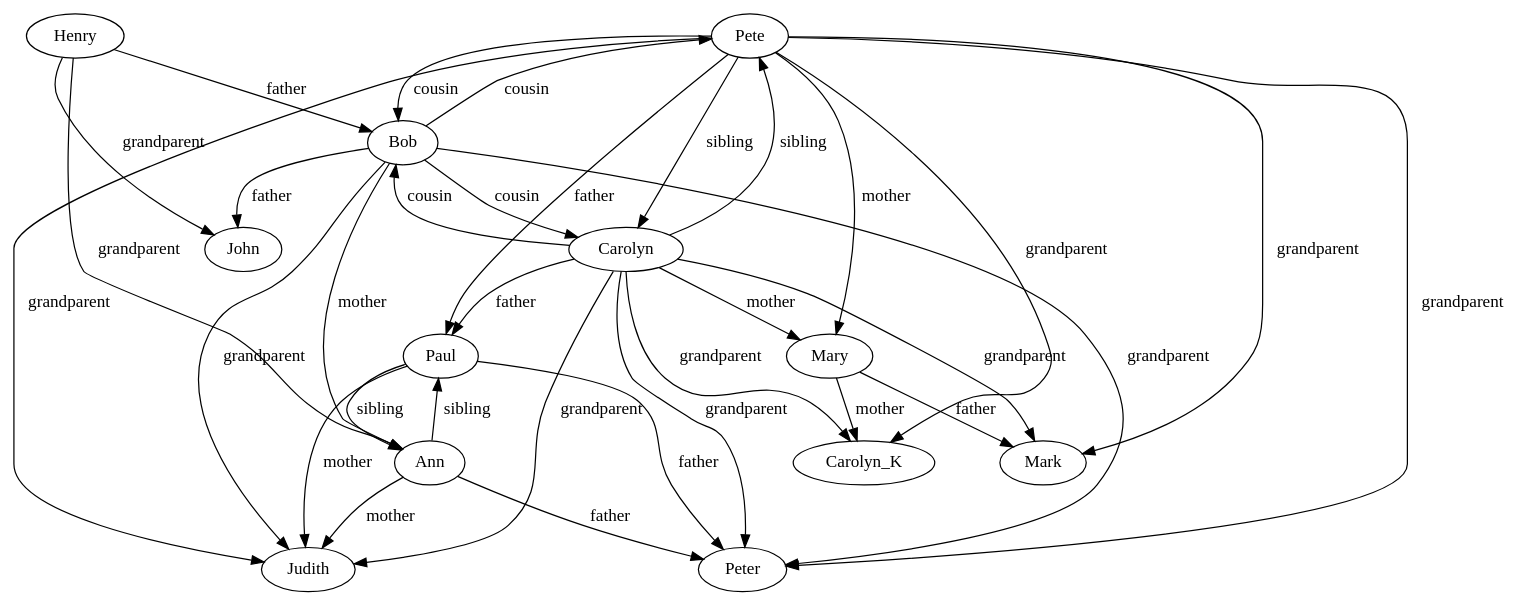
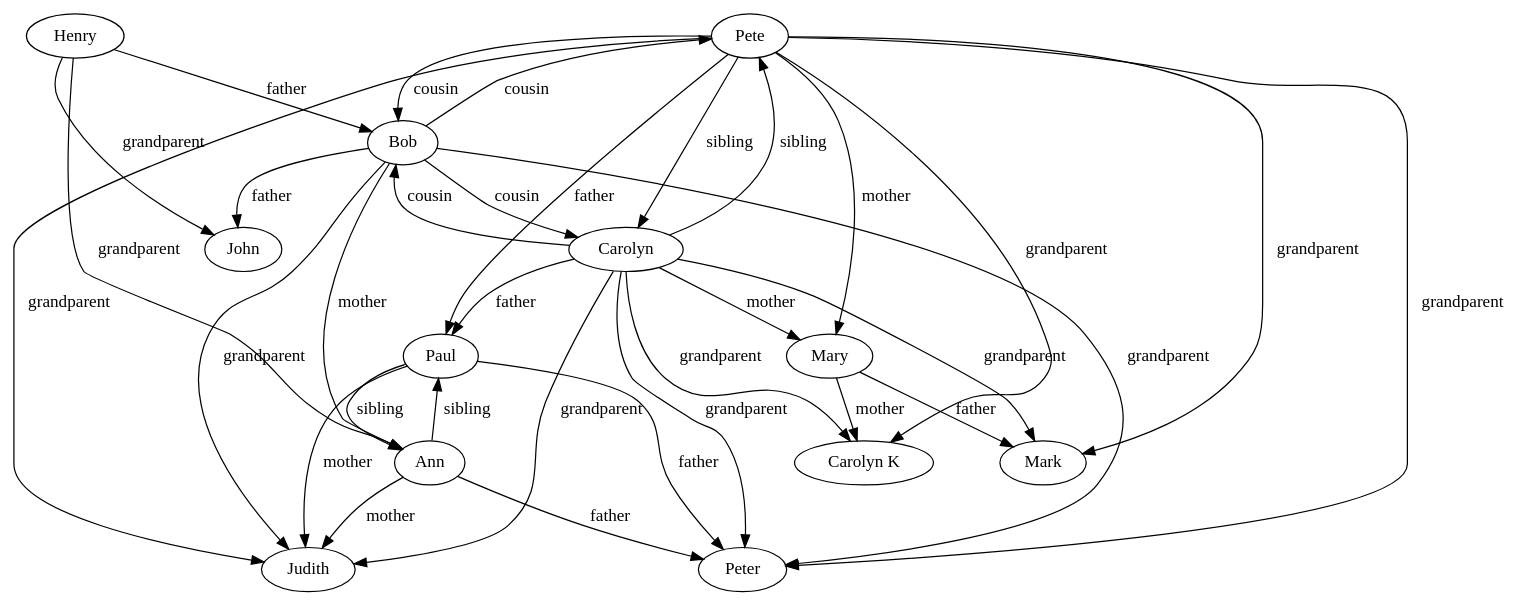
One commit to vilterp/datalog-ts changed the diagram in interp-test/family-ref.dot. Above: the diagram before and after it, drawn with Graphviz. The commit also changed 7 other files, not shown here.

Commit message:
graphviz: quote identifiers

```diff
--- a/interp-test/family-ref.dot
+++ b/interp-test/family-ref.dot
@@ -1,61 +1,61 @@
 digraph G {
-  Pete [label="Pete"];
-  Paul [label="Paul"];
-  Ann [label="Ann"];
-  Bob [label="Bob"];
-  Mary [label="Mary"];
-  Carolyn [label="Carolyn"];
-  Mary [label="Mary"];
-  Judith [label="Judith"];
-  Judith [label="Judith"];
-  Ann [label="Ann"];
-  Carolyn_K [label="Carolyn_K"];
-  Mary [label="Mary"];
-  Pete [label="Pete"];
-  Paul [label="Paul"];
-  Ann [label="Ann"];
-  Mary [label="Mary"];
-  Bob [label="Bob"];
-  Carolyn [label="Carolyn"];
-  Henry [label="Henry"];
-  Paul [label="Paul"];
-  Peter [label="Peter"];
-  Peter [label="Peter"];
-  Mark [label="Mark"];
-  John [label="John"];
-  Paul [label="Paul"];
-  Bob [label="Bob"];
-  Pete -> Mary [label="mother"];
-  Paul -> Judith [label="mother"];
-  Ann -> Judith [label="mother"];
-  Bob -> Ann [label="mother"];
-  Mary -> Carolyn_K [label="mother"];
-  Carolyn -> Mary [label="mother"];
-  Pete -> Paul [label="father"];
-  Paul -> Peter [label="father"];
-  Ann -> Peter [label="father"];
-  Mary -> Mark [label="father"];
-  Bob -> John [label="father"];
-  Carolyn -> Paul [label="father"];
-  Henry -> Bob [label="father"];
-  Pete -> Carolyn_K [label="grandparent"];
-  Pete -> Mark [label="grandparent"];
-  Bob -> Judith [label="grandparent"];
-  Bob -> Peter [label="grandparent"];
-  Carolyn -> Carolyn_K [label="grandparent"];
-  Carolyn -> Mark [label="grandparent"];
-  Pete -> Judith [label="grandparent"];
-  Pete -> Peter [label="grandparent"];
-  Carolyn -> Judith [label="grandparent"];
-  Carolyn -> Peter [label="grandparent"];
-  Henry -> Ann [label="grandparent"];
-  Henry -> John [label="grandparent"];
-  Pete -> Carolyn [label="sibling"];
-  Paul -> Ann [label="sibling"];
-  Ann -> Paul [label="sibling"];
-  Carolyn -> Pete [label="sibling"];
-  Bob -> Pete [label="cousin"];
-  Bob -> Carolyn [label="cousin"];
-  Pete -> Bob [label="cousin"];
-  Carolyn -> Bob [label="cousin"]
+  "Pete" [label="Pete"];
+  "Paul" [label="Paul"];
+  "Ann" [label="Ann"];
+  "Bob" [label="Bob"];
+  "Mary" [label="Mary"];
+  "Carolyn" [label="Carolyn"];
+  "Mary" [label="Mary"];
+  "Judith" [label="Judith"];
+  "Judith" [label="Judith"];
+  "Ann" [label="Ann"];
+  "Carolyn K" [label="Carolyn K"];
+  "Mary" [label="Mary"];
+  "Pete" [label="Pete"];
+  "Paul" [label="Paul"];
+  "Ann" [label="Ann"];
+  "Mary" [label="Mary"];
+  "Bob" [label="Bob"];
+  "Carolyn" [label="Carolyn"];
+  "Henry" [label="Henry"];
+  "Paul" [label="Paul"];
+  "Peter" [label="Peter"];
+  "Peter" [label="Peter"];
+  "Mark" [label="Mark"];
+  "John" [label="John"];
+  "Paul" [label="Paul"];
+  "Bob" [label="Bob"];
+  "Pete" -> "Mary" [label="mother"];
+  "Paul" -> "Judith" [label="mother"];
+  "Ann" -> "Judith" [label="mother"];
+  "Bob" -> "Ann" [label="mother"];
+  "Mary" -> "Carolyn K" [label="mother"];
+  "Carolyn" -> "Mary" [label="mother"];
+  "Pete" -> "Paul" [label="father"];
+  "Paul" -> "Peter" [label="father"];
+  "Ann" -> "Peter" [label="father"];
+  "Mary" -> "Mark" [label="father"];
+  "Bob" -> "John" [label="father"];
+  "Carolyn" -> "Paul" [label="father"];
+  "Henry" -> "Bob" [label="father"];
+  "Pete" -> "Carolyn K" [label="grandparent"];
+  "Pete" -> "Mark" [label="grandparent"];
+  "Bob" -> "Judith" [label="grandparent"];
+  "Bob" -> "Peter" [label="grandparent"];
+  "Carolyn" -> "Carolyn K" [label="grandparent"];
+  "Carolyn" -> "Mark" [label="grandparent"];
+  "Pete" -> "Judith" [label="grandparent"];
+  "Pete" -> "Peter" [label="grandparent"];
+  "Carolyn" -> "Judith" [label="grandparent"];
+  "Carolyn" -> "Peter" [label="grandparent"];
+  "Henry" -> "Ann" [label="grandparent"];
+  "Henry" -> "John" [label="grandparent"];
+  "Pete" -> "Carolyn" [label="sibling"];
+  "Paul" -> "Ann" [label="sibling"];
+  "Ann" -> "Paul" [label="sibling"];
+  "Carolyn" -> "Pete" [label="sibling"];
+  "Bob" -> "Pete" [label="cousin"];
+  "Bob" -> "Carolyn" [label="cousin"];
+  "Pete" -> "Bob" [label="cousin"];
+  "Carolyn" -> "Bob" [label="cousin"]
 }
```
